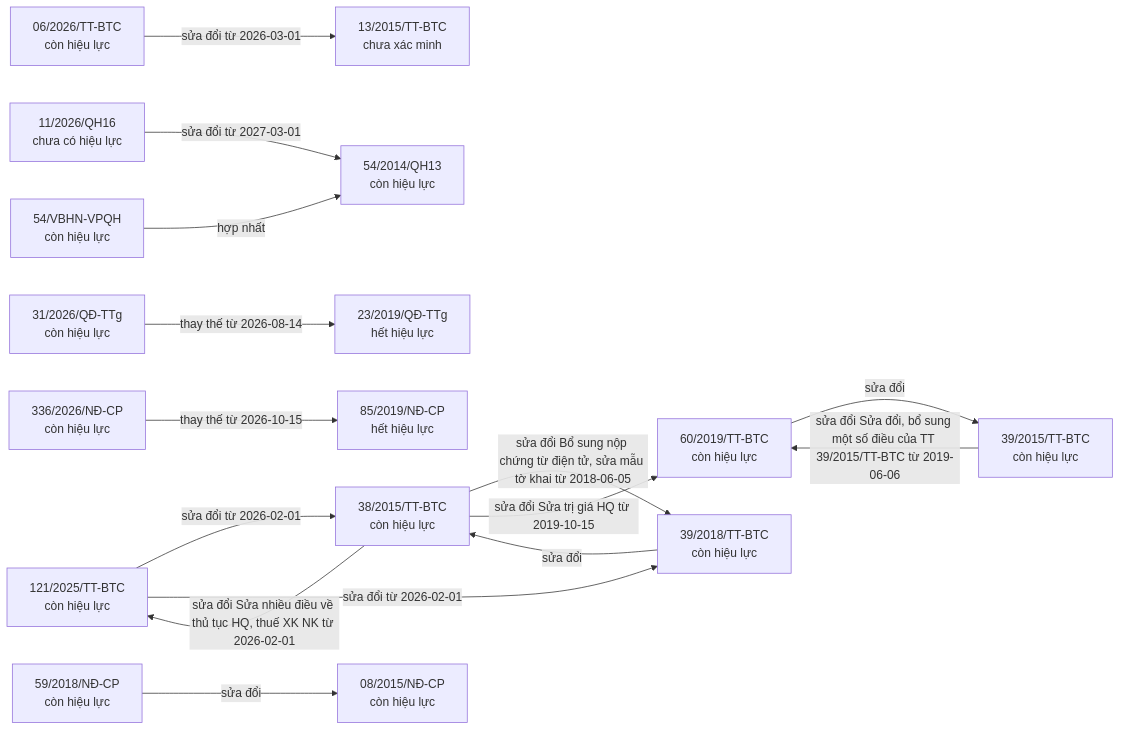
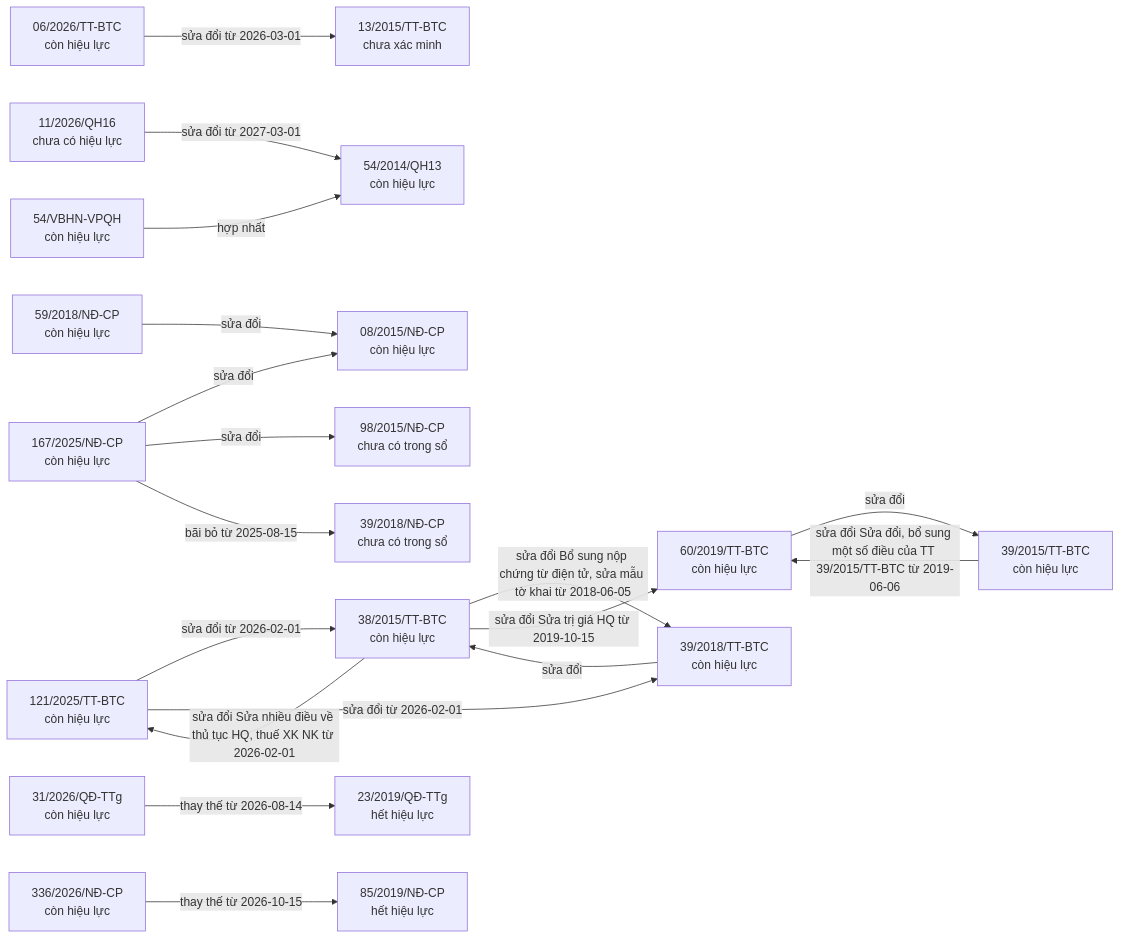
One commit to ozvietnam/oz-wiki-plhq changed the third of 9 diagrams in bao-cao/quan-he.md. Above: the diagram before and after it, drawn with Mermaid. The commit also changed other lines of this file and 5 other files, not shown here.

````diff
--- a/bao-cao/quan-he.md
+++ b/bao-cao/quan-he.md
@@ -40,33 +45,39 @@
 ```mermaid
 flowchart LR
   n_06_2026_TT_BTC["06/2026/TT-BTC<br/>còn hiệu lực"]
   n_13_2015_TT_BTC["13/2015/TT-BTC<br/>chưa xác minh"]
   n_11_2026_QH16["11/2026/QH16<br/>chưa có hiệu lực"]
   n_54_2014_QH13["54/2014/QH13<br/>còn hiệu lực"]
   n_121_2025_TT_BTC["121/2025/TT-BTC<br/>còn hiệu lực"]
   n_38_2015_TT_BTC["38/2015/TT-BTC<br/>còn hiệu lực"]
   n_39_2018_TT_BTC["39/2018/TT-BTC<br/>còn hiệu lực"]
+  n_167_2025_N__CP["167/2025/NĐ-CP<br/>còn hiệu lực"]
+  n_08_2015_N__CP["08/2015/NĐ-CP<br/>còn hiệu lực"]
+  n_98_2015_N__CP["98/2015/NĐ-CP<br/>chưa có trong sổ"]
+  n_39_2018_N__CP["39/2018/NĐ-CP<br/>chưa có trong sổ"]
   n_31_2026_Q__TTg["31/2026/QĐ-TTg<br/>còn hiệu lực"]
   n_23_2019_Q__TTg["23/2019/QĐ-TTg<br/>hết hiệu lực"]
   n_336_2026_N__CP["336/2026/NĐ-CP<br/>còn hiệu lực"]
   n_85_2019_N__CP["85/2019/NĐ-CP<br/>hết hiệu lực"]
   n_60_2019_TT_BTC["60/2019/TT-BTC<br/>còn hiệu lực"]
   n_39_2015_TT_BTC["39/2015/TT-BTC<br/>còn hiệu lực"]
   n_54_VBHN_VPQH["54/VBHN-VPQH<br/>còn hiệu lực"]
   n_59_2018_N__CP["59/2018/NĐ-CP<br/>còn hiệu lực"]
-  n_08_2015_N__CP["08/2015/NĐ-CP<br/>còn hiệu lực"]
   n_06_2026_TT_BTC -->|sửa đổi từ 2026-03-01| n_13_2015_TT_BTC
   n_11_2026_QH16 -->|sửa đổi từ 2027-03-01| n_54_2014_QH13
   n_121_2025_TT_BTC -->|sửa đổi từ 2026-02-01| n_38_2015_TT_BTC
   n_121_2025_TT_BTC -->|sửa đổi từ 2026-02-01| n_39_2018_TT_BTC
+  n_167_2025_N__CP -->|sửa đổi| n_08_2015_N__CP
+  n_167_2025_N__CP -->|sửa đổi| n_98_2015_N__CP
+  n_167_2025_N__CP -->|bãi bỏ từ 2025-08-15| n_39_2018_N__CP
   n_31_2026_Q__TTg -->|thay thế từ 2026-08-14| n_23_2019_Q__TTg
   n_336_2026_N__CP -->|thay thế từ 2026-10-15| n_85_2019_N__CP
   n_38_2015_TT_BTC -->|sửa đổi Bổ sung nộp chứng từ điện tử, sửa mẫu tờ khai từ 2018-06-05| n_39_2018_TT_BTC
   n_38_2015_TT_BTC -->|sửa đổi Sửa trị giá HQ từ 2019-10-15| n_60_2019_TT_BTC
   n_38_2015_TT_BTC -->|sửa đổi Sửa nhiều điều về thủ tục HQ, thuế XK NK từ 2026-02-01| n_121_2025_TT_BTC
   n_39_2015_TT_BTC -->|sửa đổi Sửa đổi, bổ sung một số điều của TT 39/2015/TT-BTC từ 2019-06-06| n_60_2019_TT_BTC
   n_39_2018_TT_BTC -->|sửa đổi| n_38_2015_TT_BTC
   n_54_VBHN_VPQH -->|hợp nhất| n_54_2014_QH13
   n_59_2018_N__CP -->|sửa đổi| n_08_2015_N__CP
   n_60_2019_TT_BTC -->|sửa đổi| n_39_2015_TT_BTC
 ```
````
